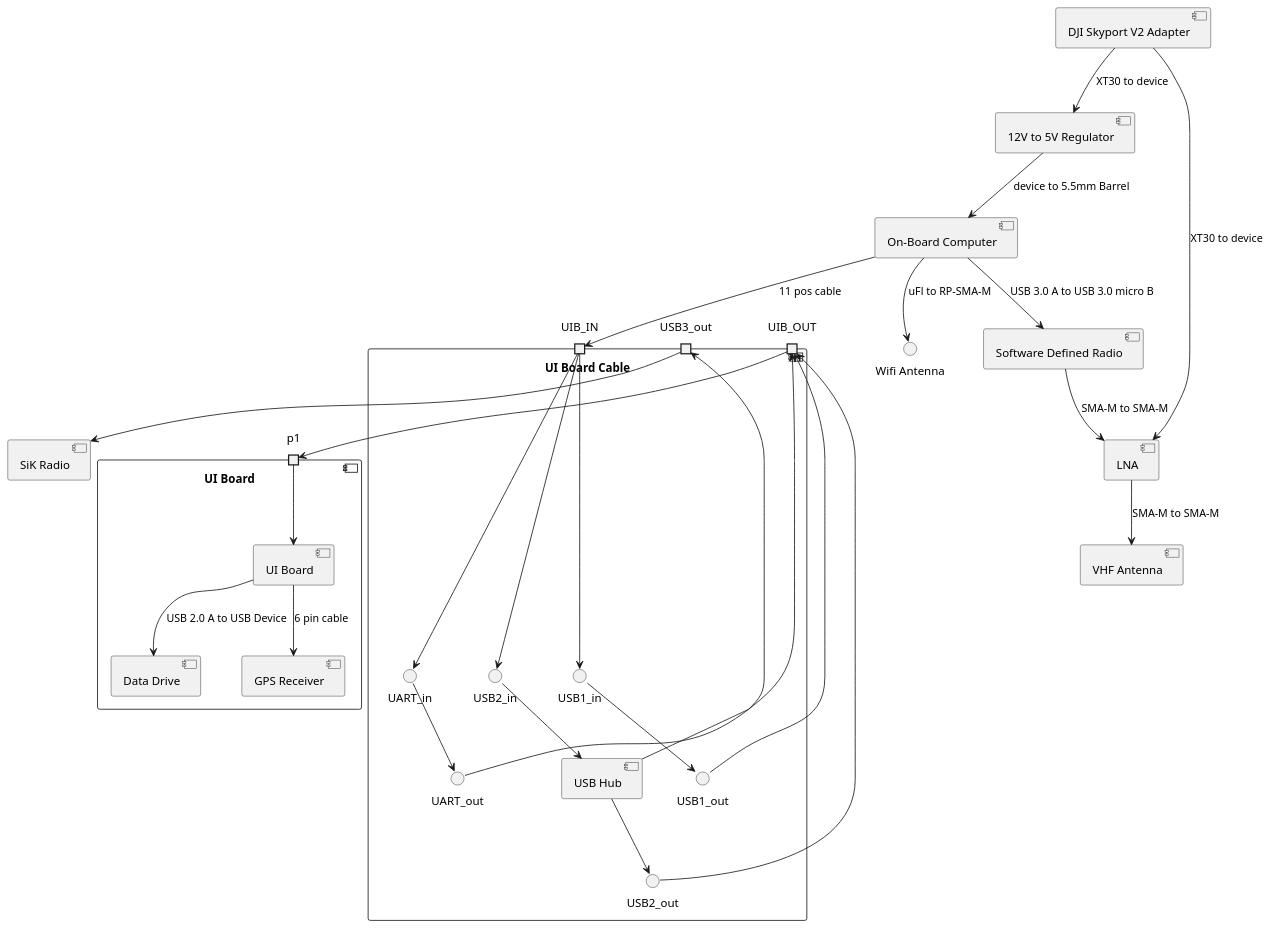
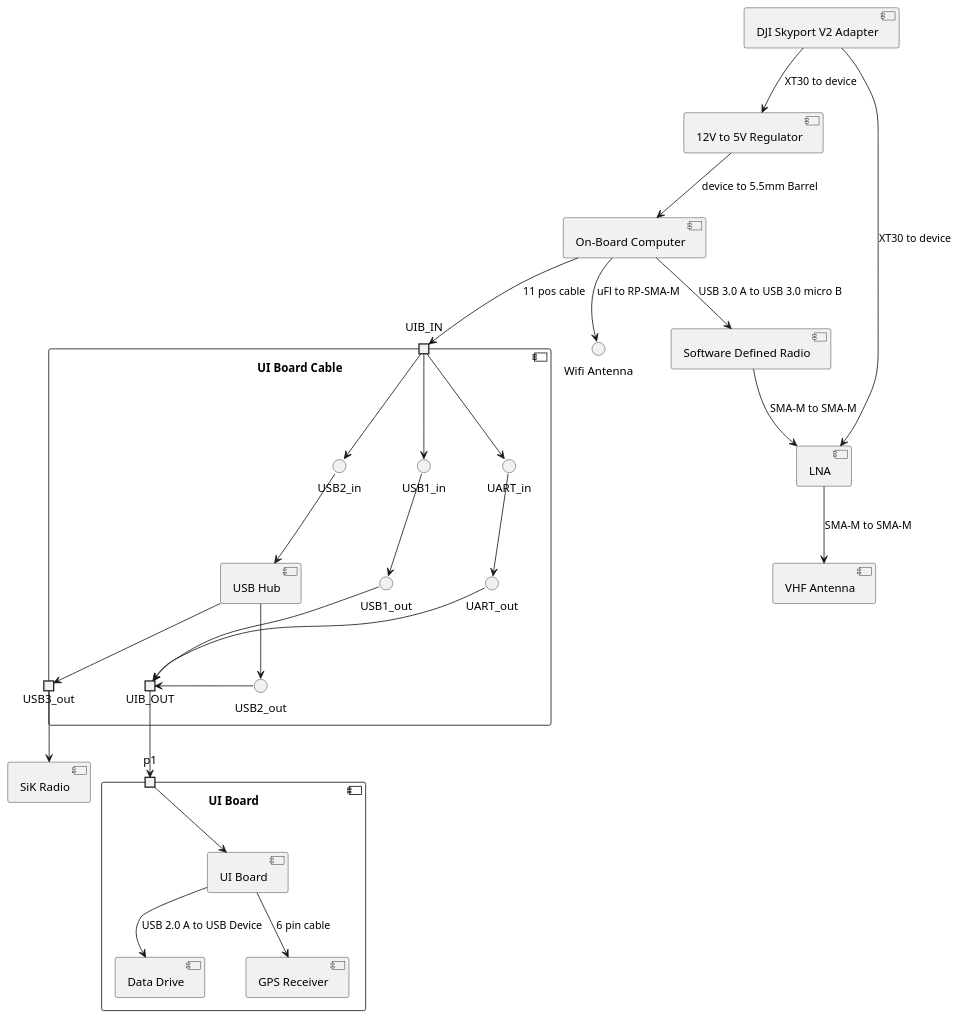
Before and after one commit to UCSD-E4E/radio-telemetry-tracker-docs: the third of 3 diagrams in 2022_Turks_And_Caicos/system_diagram.puml, drawn with PlantUML.

Commit message:
Updated ports

```diff
--- a/2022_Turks_And_Caicos/system_diagram.puml
+++ b/2022_Turks_And_Caicos/system_diagram.puml
@@ -76,55 +76,55 @@
 @startuml Radio Collar Tracker: TCI Wiring Diagram
 [Software Defined Radio] as SDR
 [On-Board Computer] as OBC
 [VHF Antenna] as ANT
 [LNA] as LNA
 [12V to 5V Regulator] as PRIMARY_REG
 [DJI Skyport V2 Adapter] as SKYPORT
 interface "Wifi Antenna" as WIFI_ANT
 component "UI Board" {
     port p1
     [UI Board] as UIB
     [Data Drive] as USB_DATA
     [GPS Receiver] as GPS
     p1 --> UIB
     UIB --> USB_DATA : USB 2.0 A to USB Device
     UIB --> GPS : 6 pin cable
 }
 [SiK Radio] as radio
 
 component "UI Board Cable"{
-    port UIB_IN
+    portin UIB_IN
+    portout USB3_out
+    portout UIB_OUT
+    [USB Hub] as hub
     interface USB1_in
     interface USB2_in
     interface UART_in
     interface USB1_out
     interface USB2_out
     interface UART_out
-    [USB Hub] as hub
-    port USB3_out
-    port UIB_OUT
 
     UIB_IN --> USB1_in
     UIB_IN --> USB2_in
     UIB_IN --> UART_in
     USB1_out --> UIB_OUT
     USB2_out --> UIB_OUT
     UART_out --> UIB_OUT
     USB2_in --> hub
     hub --> USB3_out
     hub --> USB2_out
     USB1_in --> USB1_out
     UART_in --> UART_out
 }
 
 OBC --> SDR : USB 3.0 A to USB 3.0 micro B
 SDR --> LNA : SMA-M to SMA-M
 LNA --> ANT : SMA-M to SMA-M
 OBC --> WIFI_ANT : uFl to RP-SMA-M
 OBC --> UIB_IN : 11 pos cable
 UIB_OUT --> p1
 SKYPORT --> PRIMARY_REG : XT30 to device
 PRIMARY_REG --> OBC : device to 5.5mm Barrel
 SKYPORT --> LNA : XT30 to device
 USB3_out --> radio
 @enduml
```
